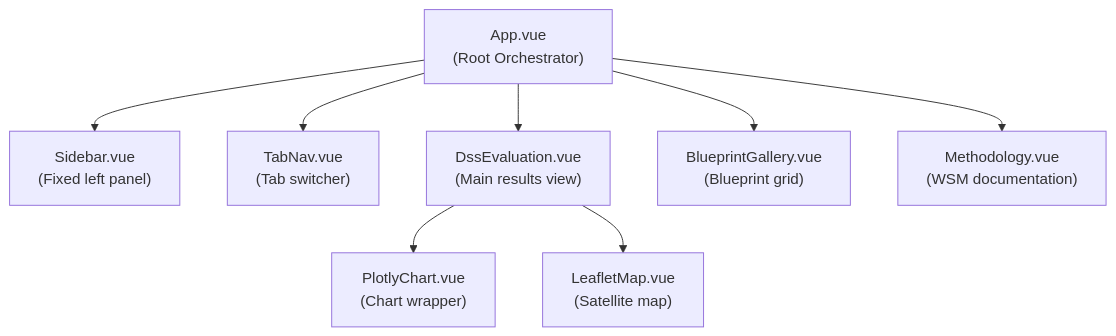
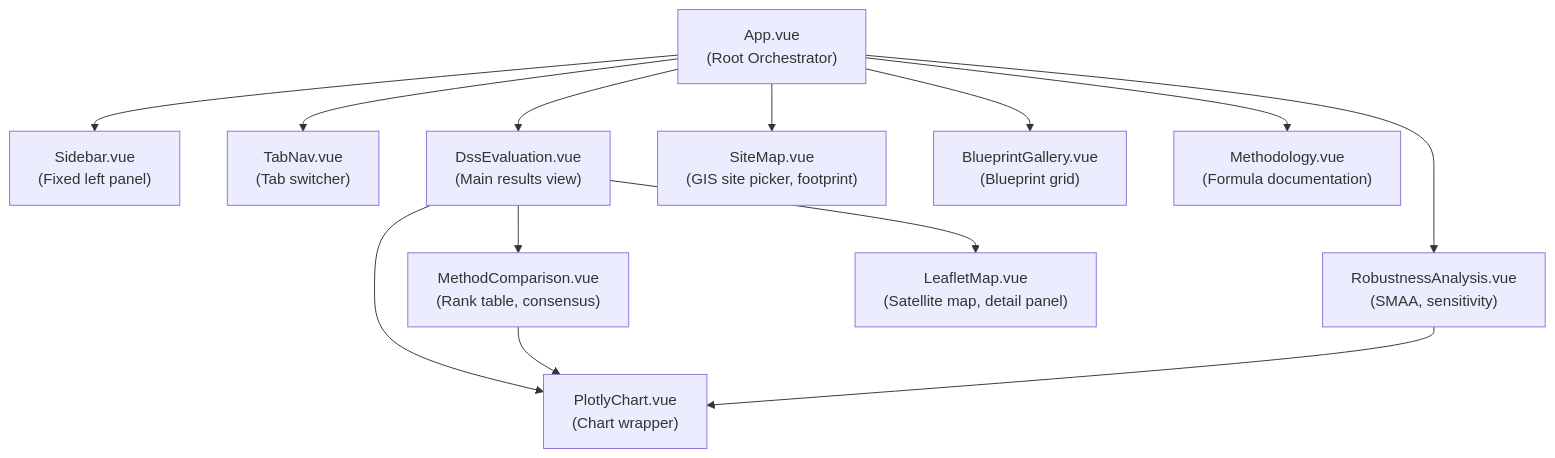
Before and after one commit to vetos5/TDSS: the fourth of 7 diagrams in DOCUMENTATION.md, drawn with Mermaid. The commit also changed other lines of this file, not shown here.

First line of the commit message:
Phase 3 step 7: document GIS site analysis, footprint and infrastructure

````diff
--- a/DOCUMENTATION.md
+++ b/DOCUMENTATION.md
@@ -660,19 +715,27 @@
 ```mermaid
 graph TD
     APP["App.vue\n(Root Orchestrator)"]
     SB["Sidebar.vue\n(Fixed left panel)"]
     TN["TabNav.vue\n(Tab switcher)"]
     DE["DssEvaluation.vue\n(Main results view)"]
+    MC["MethodComparison.vue\n(Rank table, consensus)"]
+    RA["RobustnessAnalysis.vue\n(SMAA, sensitivity)"]
+    SM["SiteMap.vue\n(GIS site picker, footprint)"]
     BG["BlueprintGallery.vue\n(Blueprint grid)"]
-    ME["Methodology.vue\n(WSM documentation)"]
+    ME["Methodology.vue\n(Formula documentation)"]
     PC["PlotlyChart.vue\n(Chart wrapper)"]
-    LM["LeafletMap.vue\n(Satellite map)"]
+    LM["LeafletMap.vue\n(Satellite map, detail panel)"]
 
     APP --> SB
     APP --> TN
     APP --> DE
+    APP --> RA
+    APP --> SM
     APP --> BG
     APP --> ME
+    DE --> MC
     DE --> PC
     DE --> LM
+    MC --> PC
+    RA --> PC
 ```
````
